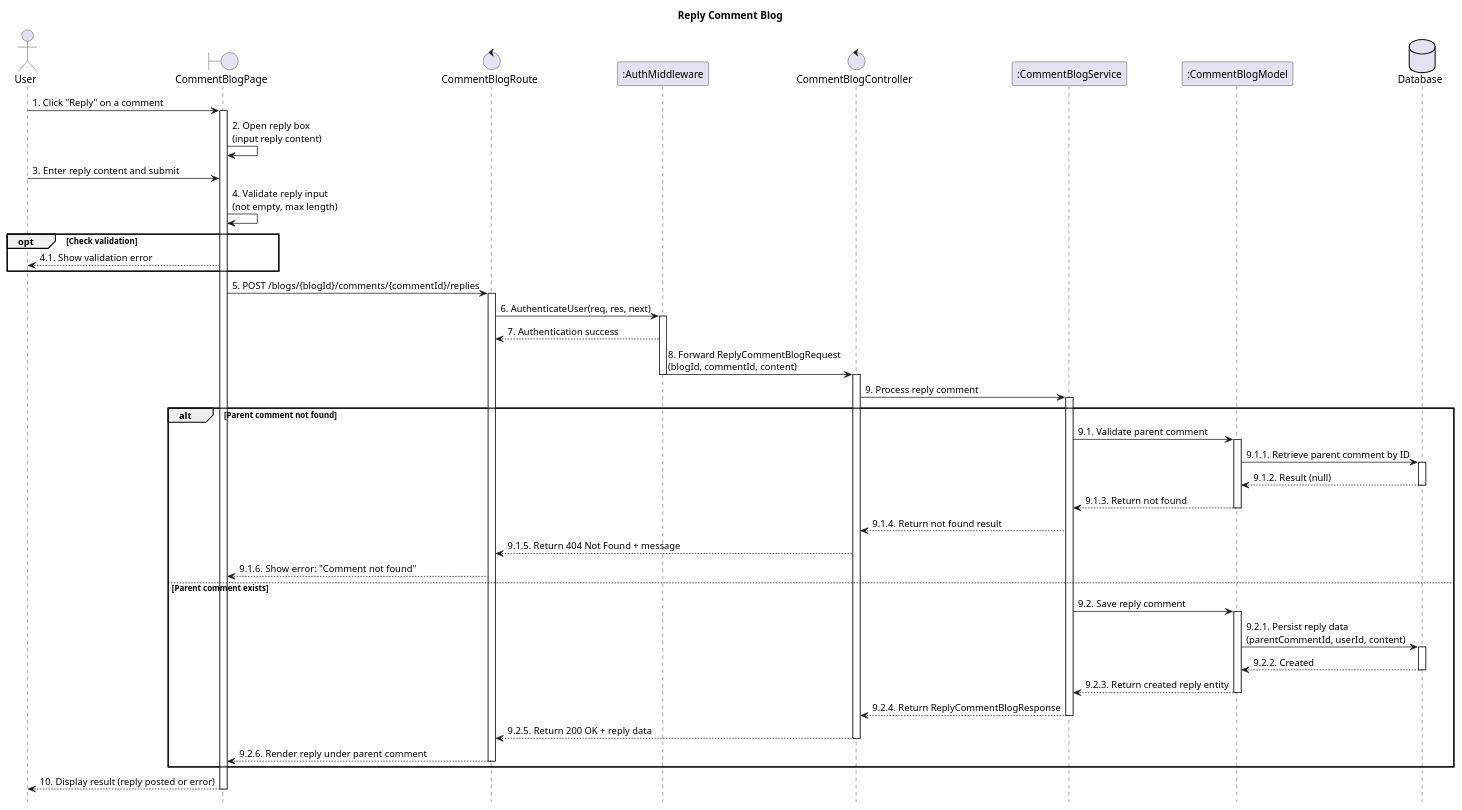
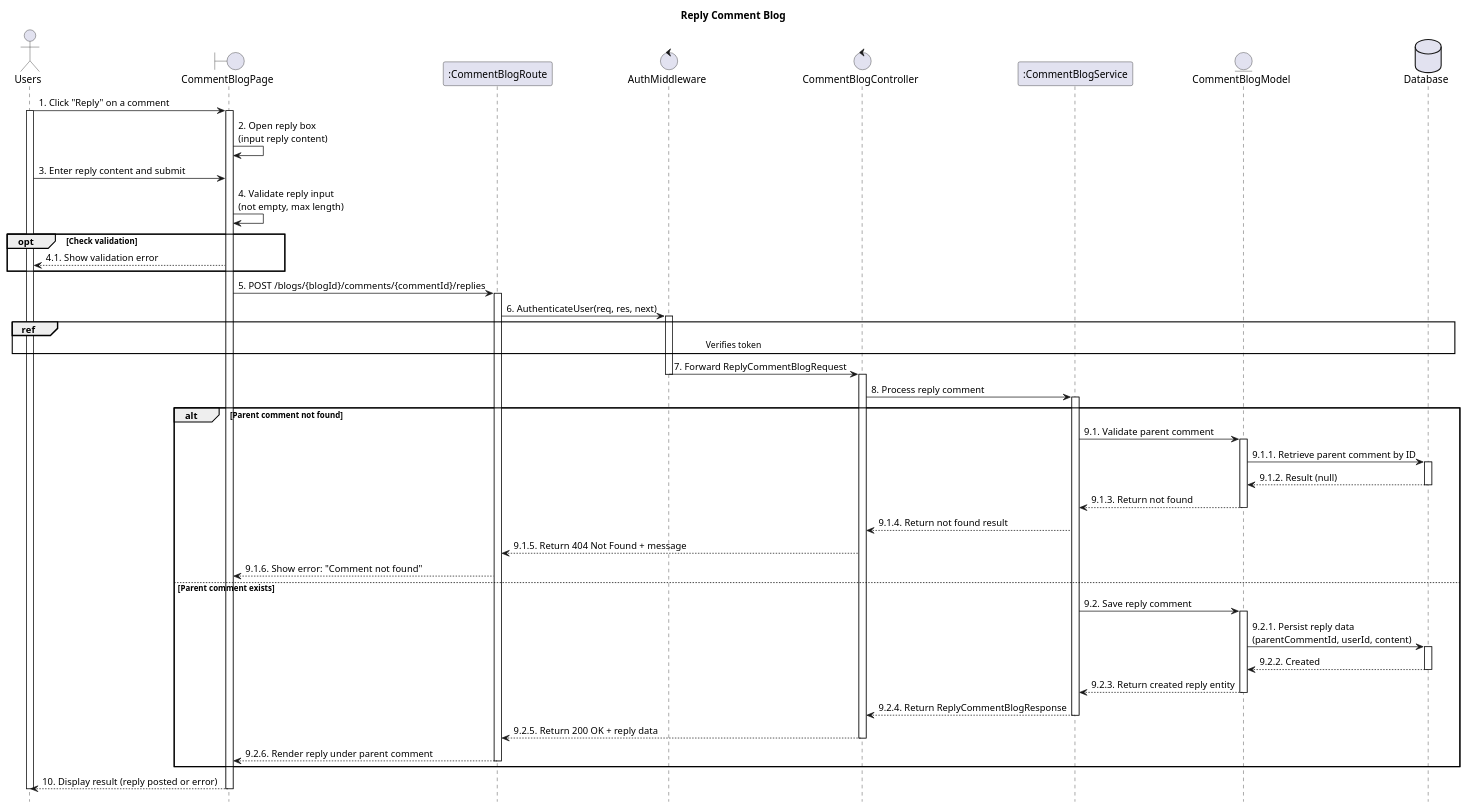
The diagram in planuml/web/16.5_relyCommentBlog.puml (VietDurian/VietDurian), drawn with PlantUML before and after one commit. The commit also changed 29 other files, not shown here.

Commit message:
Adjust sequence for Web

```diff
--- a/planuml/web/16.5_relyCommentBlog.puml
+++ b/planuml/web/16.5_relyCommentBlog.puml
@@ -1,75 +1,77 @@
 @startuml 16.5_replyCommentBlog
 hide footbox
 title Reply Comment Blog
 
-actor User
+actor User as "Users"
 boundary CommentBlogPage as View
-control CommentBlogRoute as Route
-participant ":AuthMiddleware" as Middleware
+participant ":CommentBlogRoute" as Route
+control "AuthMiddleware" as Middleware
 control "CommentBlogController" as Controller
 participant ":CommentBlogService" as Service
-participant ":CommentBlogModel" as Model
+entity "CommentBlogModel" as Model
 database Database as Database
 
 User -> View : 1. Click "Reply" on a comment
 activate View
+activate User
 View -> View : 2. Open reply box\n(input reply content)
 
 User -> View : 3. Enter reply content and submit
 View -> View : 4. Validate reply input\n(not empty, max length)
 
 opt Check validation
     View --> User : 4.1. Show validation error
 end
 
     View -> Route : 5. POST /blogs/{blogId}/comments/{commentId}/replies
     activate Route
 
     Route -> Middleware : 6. AuthenticateUser(req, res, next)
     activate Middleware
-    Middleware --> Route : 7. Authentication success
-    Middleware -> Controller : 8. Forward ReplyCommentBlogRequest\n(blogId, commentId, content)
+    ref over User, Database : Verifies token
+    Middleware -> Controller : 7. Forward ReplyCommentBlogRequest
     deactivate Middleware
     activate Controller
 
-    Controller -> Service : 9. Process reply comment
+    Controller -> Service : 8. Process reply comment
     activate Service
 
 alt Parent comment not found
     Service -> Model : 9.1. Validate parent comment
     activate Model
 
     Model -> Database : 9.1.1. Retrieve parent comment by ID
     activate Database
     Database --> Model : 9.1.2. Result (null)
     deactivate Database
 
     Model --> Service : 9.1.3. Return not found
     deactivate Model
 
         Service --> Controller : 9.1.4. Return not found result
         Controller --> Route : 9.1.5. Return 404 Not Found + message
         Route --> View : 9.1.6. Show error: "Comment not found"
 else Parent comment exists
         Service -> Model : 9.2. Save reply comment
         activate Model
 
         Model -> Database : 9.2.1. Persist reply data\n(parentCommentId, userId, content)
         activate Database
         Database --> Model : 9.2.2. Created
         deactivate Database
 
         Model --> Service : 9.2.3. Return created reply entity
         deactivate Model
 
         Service --> Controller : 9.2.4. Return ReplyCommentBlogResponse
         deactivate Service
         Controller --> Route : 9.2.5. Return 200 OK + reply data
         deactivate Controller
         Route --> View : 9.2.6. Render reply under parent comment
         deactivate Route
 end
 
 View --> User : 10. Display result (reply posted or error)
 deactivate View
+deactivate User
 @enduml
```
